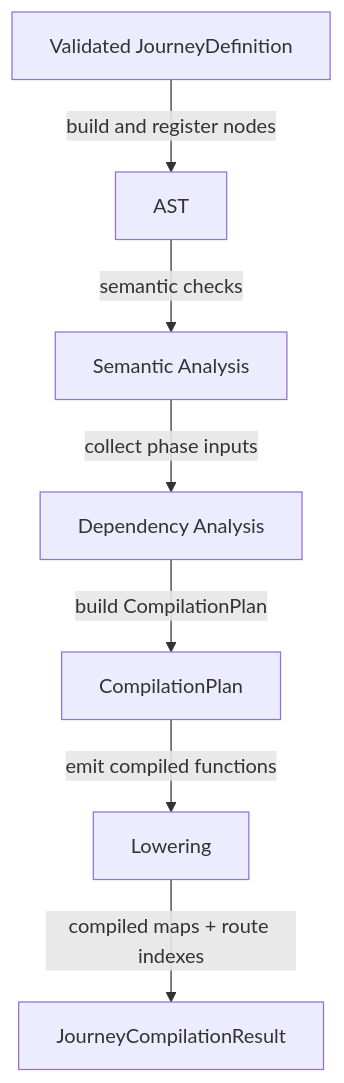
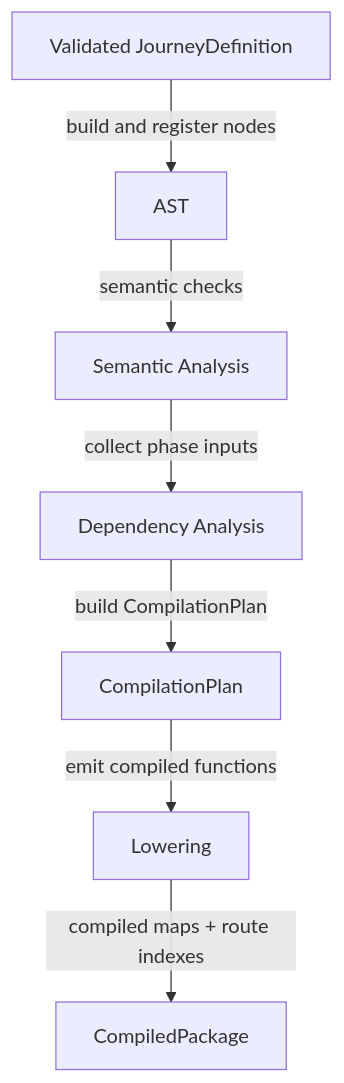
The second of 3 diagrams in packages/forge-core/src/engine/README.md (ministryofjustice/hmpps-forge), drawn with Mermaid before and after one commit. The commit also changed other lines of this file and 23 other files, not shown here.

````diff
--- a/packages/forge-core/src/engine/README.md
+++ b/packages/forge-core/src/engine/README.md
@@ -71,9 +71,9 @@
 ```mermaid
 flowchart TD
   validated["Validated JourneyDefinition"] -->|"build and register nodes"| ast["AST"]
   ast -->|"semantic checks"| semantics["Semantic Analysis"]
   semantics -->|"collect phase inputs"| dependencies["Dependency Analysis"]
   dependencies -->|"build CompilationPlan"| plan["CompilationPlan"]
   plan -->|"emit compiled functions"| lowering["Lowering"]
-  lowering -->|"compiled maps + route indexes"| result["JourneyCompilationResult"]
+  lowering -->|"compiled maps + route indexes"| result["CompiledPackage"]
 ```
````
